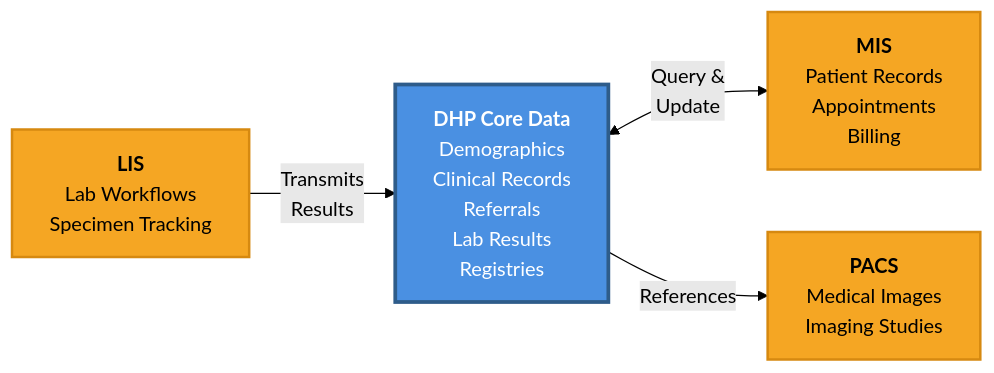
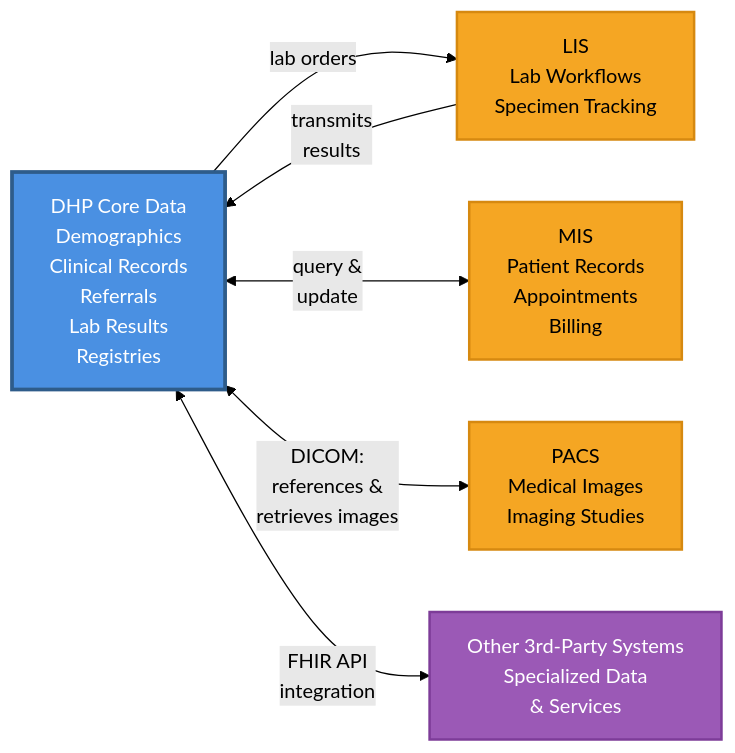
Before and after one commit to vadi2/DHP-integrations-temp: the diagram in input/pagecontent/index.md, drawn with Mermaid (forest theme). The commit also changed other lines of this file, not shown here.

Commit message:
Update diagram

````diff
--- a/input/pagecontent/index.md
+++ b/input/pagecontent/index.md
@@ -25,17 +25,21 @@
 ```mermaid
 graph LR
-    CoreData["<b>DHP Core Data</b><br/>Demographics<br/>Clinical Records<br/>Referrals<br/>Lab Results<br/>Registries"]
+    CoreData["DHP Core Data<br/>Demographics<br/>Clinical Records<br/>Referrals<br/>Lab Results<br/>Registries"]
 
-    MIS["<b>MIS</b><br/>Patient Records<br/>Appointments<br/>Billing"]
-    PACS["<b>PACS</b><br/>Medical Images<br/>Imaging Studies"]
-    LIS["<b>LIS</b><br/>Lab Workflows<br/>Specimen Tracking"]
+    MIS["MIS<br/>Patient Records<br/>Appointments<br/>Billing"]
+    PACS["PACS<br/>Medical Images<br/>Imaging Studies"]
+    LIS["LIS<br/>Lab Workflows<br/>Specimen Tracking"]
+    Other["Other 3rd-Party Systems<br/>Specialized Data<br/>& Services"]
 
-    LIS -->|"Transmits<br/>Results"| CoreData
-    CoreData <-->|"Query &<br/>Update"| MIS
-    CoreData -->|"References"| PACS
+    LIS -->|"transmits<br/>results"| CoreData
+    CoreData -->|"lab orders"| LIS
+    CoreData <-->|"query &<br/>update"| MIS
+    CoreData <-->|"DICOM:<br/>references &<br/>retrieves images"| PACS
+    CoreData <-->|"FHIR API<br/>integration"| Other
 
     style CoreData fill:#4A90E2,stroke:#2E5C8A,stroke-width:3px,color:#fff
     style MIS fill:#F5A623,stroke:#D68910,stroke-width:2px,color:#000
     style PACS fill:#F5A623,stroke:#D68910,stroke-width:2px,color:#000
     style LIS fill:#F5A623,stroke:#D68910,stroke-width:2px,color:#000
+    style Other fill:#9B59B6,stroke:#7D3C98,stroke-width:2px,color:#fff
 ```
````
